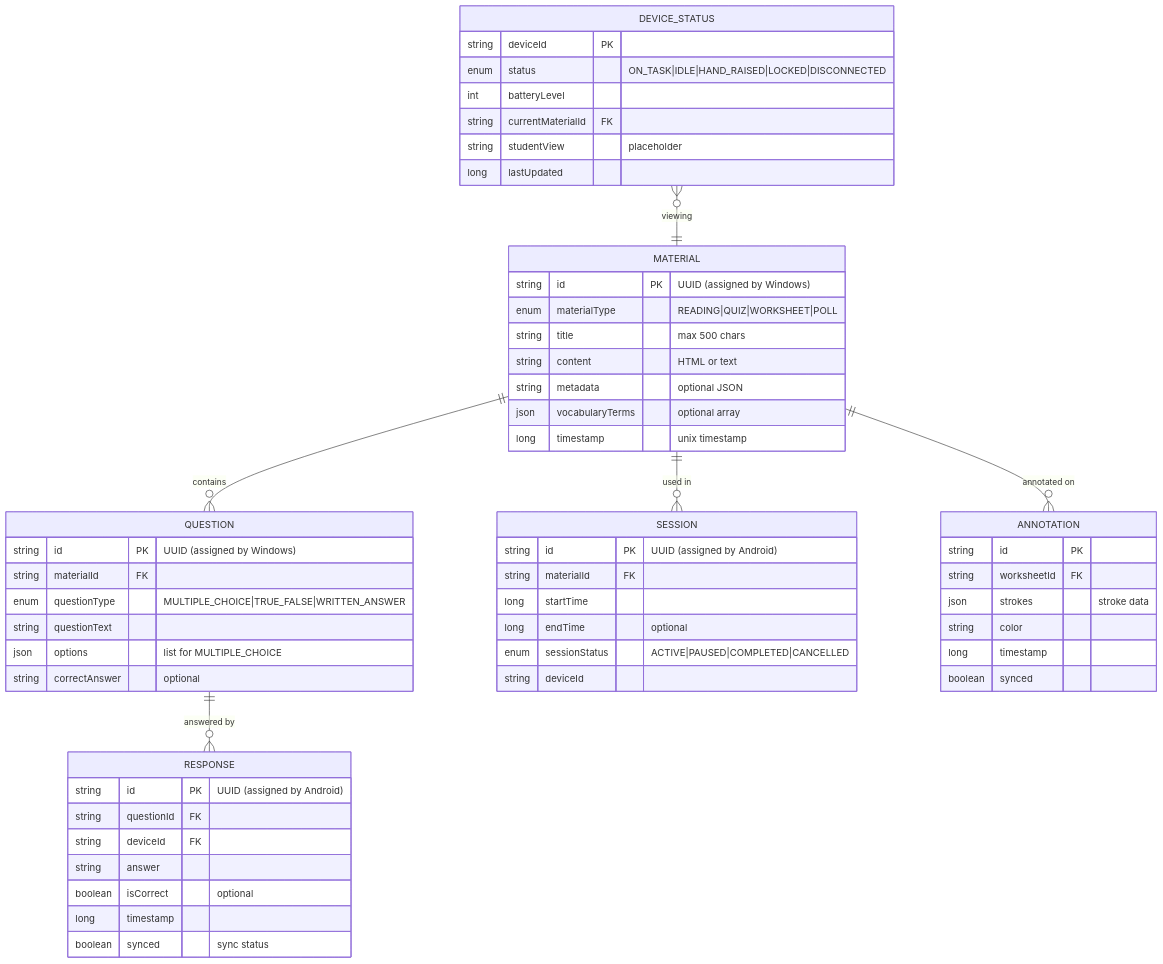
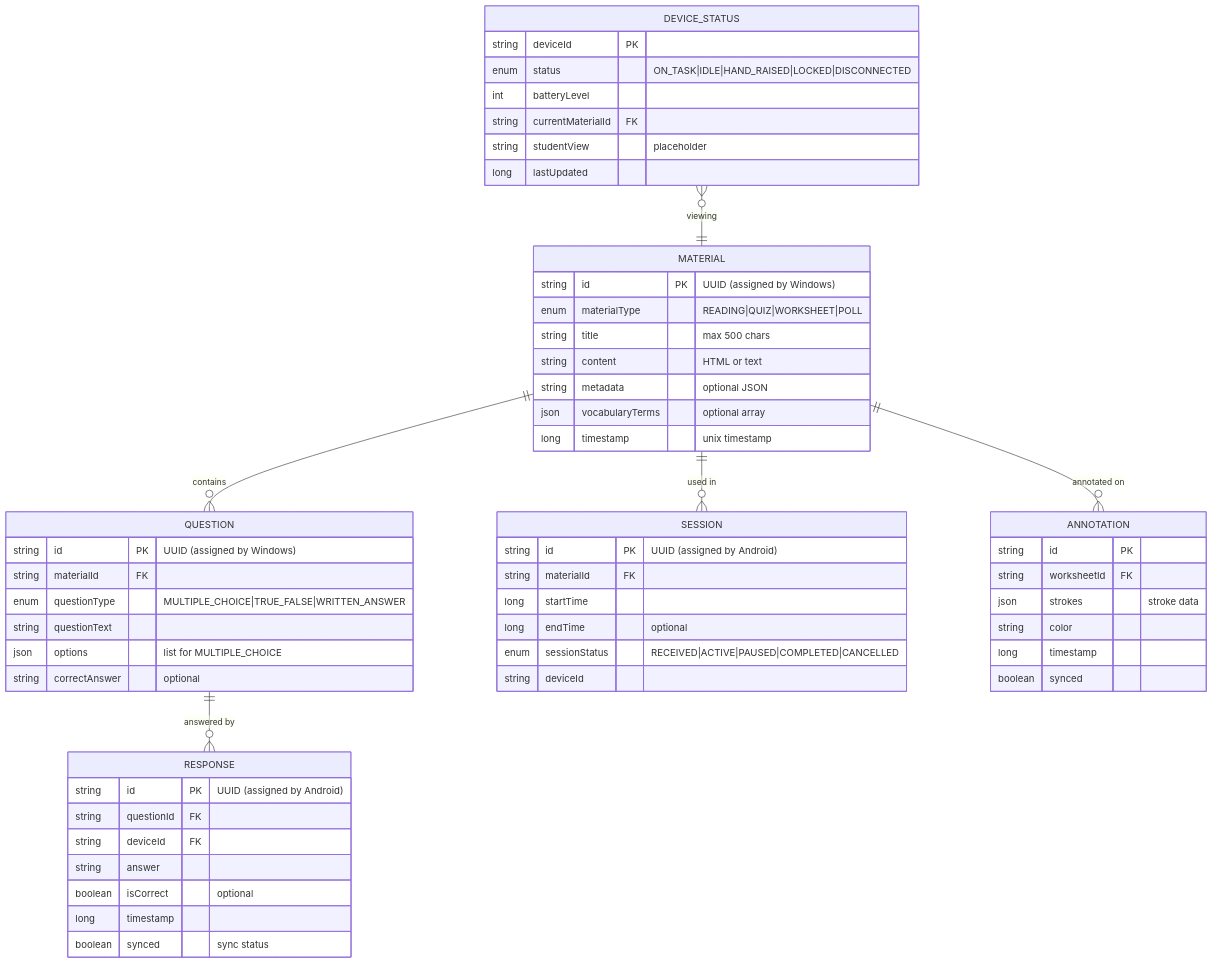
One commit to raphaellith/Manuscripta changed the first of 13 diagrams in docs/Android System Design.md. Above: the diagram before and after it, drawn with Mermaid. The commit also changed other lines of this file and 5 other files, not shown here.

First line of the commit message:
feat: Introduce session activation flow and update session state logic

````diff
--- a/docs/Android System Design.md
+++ b/docs/Android System Design.md
@@ -23,64 +23,64 @@
 ```mermaid
 erDiagram
     MATERIAL {
         string id PK "UUID (assigned by Windows)"
         enum materialType "READING|QUIZ|WORKSHEET|POLL"
         string title "max 500 chars"
         string content "HTML or text"
         string metadata "optional JSON"
         json vocabularyTerms "optional array"
         long timestamp "unix timestamp"
     }
     
     QUESTION {
         string id PK "UUID (assigned by Windows)"
         string materialId FK
         enum questionType "MULTIPLE_CHOICE|TRUE_FALSE|WRITTEN_ANSWER"
         string questionText
         json options "list for MULTIPLE_CHOICE"
         string correctAnswer "optional"
     }
     
     RESPONSE {
         string id PK "UUID (assigned by Android)"
         string questionId FK
         string deviceId FK
         string answer
         boolean isCorrect "optional"
         long timestamp
         boolean synced "sync status"
     }
     
     SESSION {
         string id PK "UUID (assigned by Android)"
         string materialId FK
         long startTime
         long endTime "optional"
-        enum sessionStatus "ACTIVE|PAUSED|COMPLETED|CANCELLED"
+        enum sessionStatus "RECEIVED|ACTIVE|PAUSED|COMPLETED|CANCELLED"
         string deviceId
     }
     
     DEVICE_STATUS {
         string deviceId PK
         enum status "ON_TASK|IDLE|HAND_RAISED|LOCKED|DISCONNECTED"
         int batteryLevel
         string currentMaterialId FK
         string studentView "placeholder"
         long lastUpdated
     }
     
     ANNOTATION {
         string id PK
         string worksheetId FK
         json strokes "stroke data"
         string color
         long timestamp
         boolean synced
     }
     
     MATERIAL ||--o{ QUESTION : "contains"
     MATERIAL ||--o{ SESSION : "used in"
     QUESTION ||--o{ RESPONSE : "answered by"
     MATERIAL ||--o{ ANNOTATION : "annotated on"
     DEVICE_STATUS }o--|| MATERIAL : "viewing"
 ```
````
